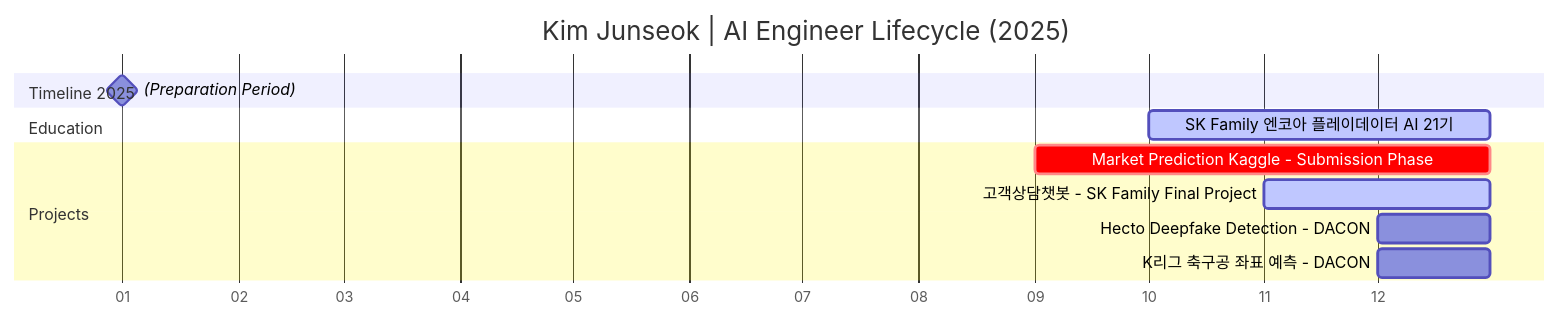
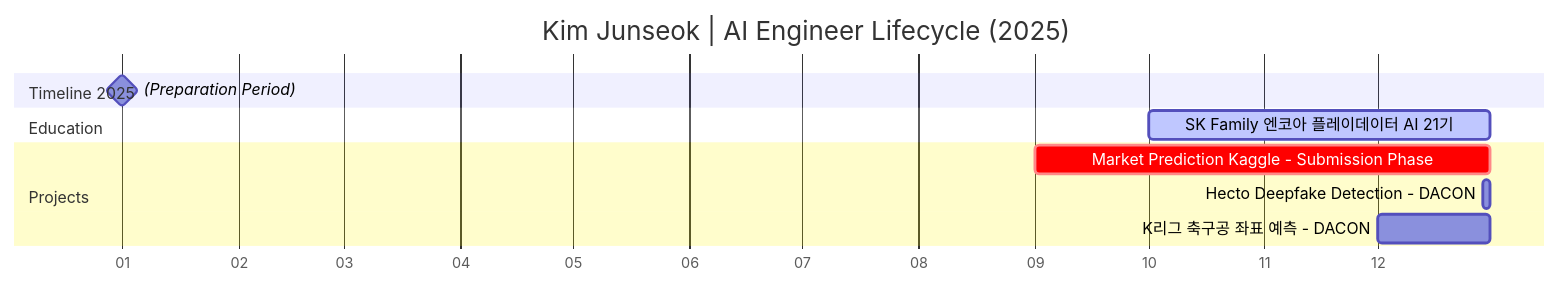
Before and after one commit to junreud/junreud: the first of 2 diagrams in README.md, drawn with Mermaid. The commit also changed other lines of this file, not shown here.

Commit message:
준석_mermaid 프로젝트 시작일 상세 수정

````diff
--- a/README.md
+++ b/README.md
@@ -7,20 +7,19 @@
 ```mermaid
 gantt
     title Kim Junseok | AI Engineer Lifecycle (2025)
     dateFormat  YYYY-MM-DD
     axisFormat  %m
     tickInterval 1month
 
     %% Axis starts from Jan 2025
     section Timeline 2025
     (Preparation Period)                     :milestone, m1, 2025-01-01, 0d
 
     section Education
     SK Family 엔코아 플레이데이터 AI 21기      :active, edu1, 2025-10-01, 2025-12-31
 
     section Projects
     Market Prediction Kaggle - Submission Phase         :crit, p1_sub, 2025-09-01, 2025-12-31
-    고객상담챗봇 - SK Family Final Project        :active, p2, 2025-11-01, 2025-12-31
-    Hecto Deepfake Detection - DACON                 :p3, 2025-12-01, 2025-12-31
+    Hecto Deepfake Detection - DACON                 :p3, 2025-12-29, 2025-12-31
     K리그 축구공 좌표 예측 - DACON                     :p4, 2025-12-01, 2025-12-31
 ```
````
